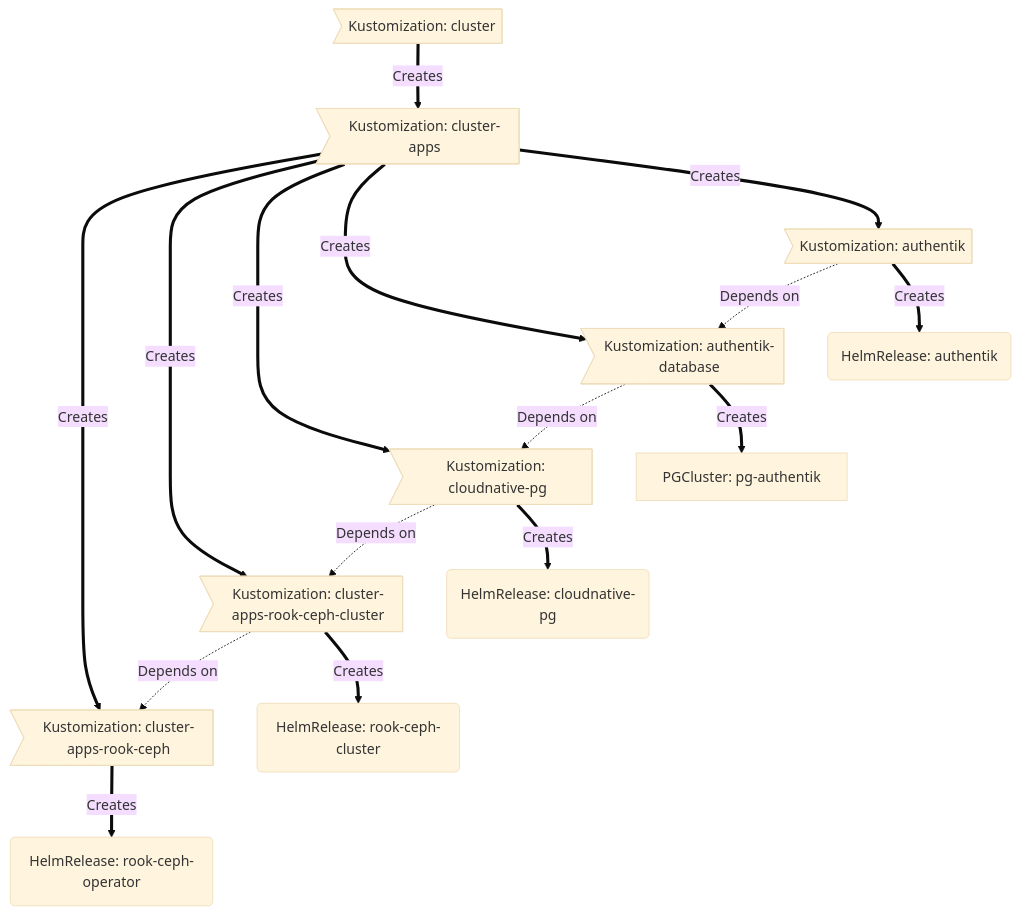
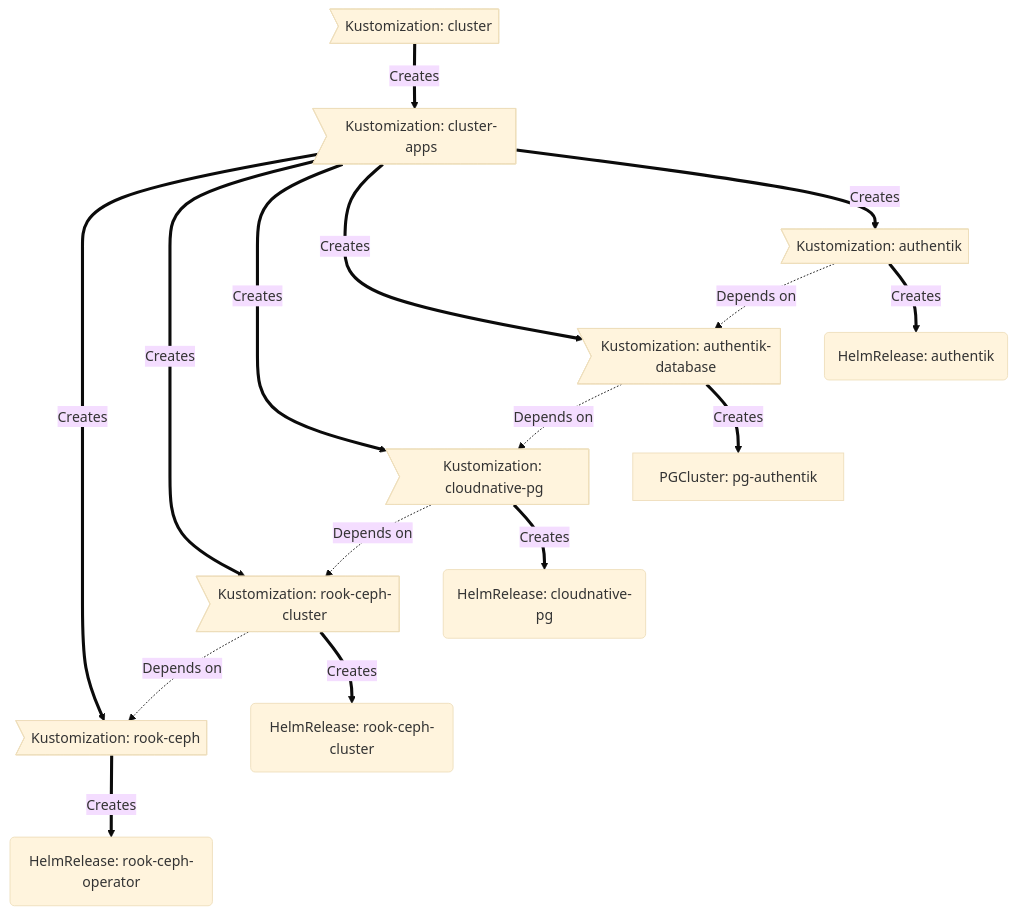
Before and after one commit to dmfrey/home-gitops: the diagram in README.md, drawn with Mermaid (base theme). The commit also changed 45 other files, not shown here.

````diff
--- a/README.md
+++ b/README.md
@@ -42,18 +42,18 @@
 ```mermaid
 flowchart TD
   id01>Kustomization: cluster] ==>|Creates| id02>Kustomization: cluster-apps]
-  id02 ==>|Creates| id06>Kustomization: cluster-apps-rook-ceph]
-  id02 ==>|Creates| id07>Kustomization: cluster-apps-rook-ceph-cluster]
+  id02 ==>|Creates| id06>Kustomization: rook-ceph]
+  id02 ==>|Creates| id07>Kustomization: rook-ceph-cluster]
   id02 ==>|Creates| id08>Kustomization: cloudnative-pg]
   id02 ==>|Creates| id09>Kustomization: authentik-database]
   id02 ==>|Creates| id10>Kustomization: authentik]
   id06 ==>|Creates| id11(HelmRelease: rook-ceph-operator)
   id07 -.->|Depends on| id06
   id07 ==>|Creates| id12(HelmRelease: rook-ceph-cluster)
   id08 -.->|Depends on| id07
   id08 ==>|Creates| id13(HelmRelease: cloudnative-pg)
   id09 -.->|Depends on| id08
   id09 ==>|Creates| id14[PGCluster: pg-authentik]
   id10 -.->|Depends on| id09
   id10 ==>|Creates| id15(HelmRelease: authentik)
 ```
````
